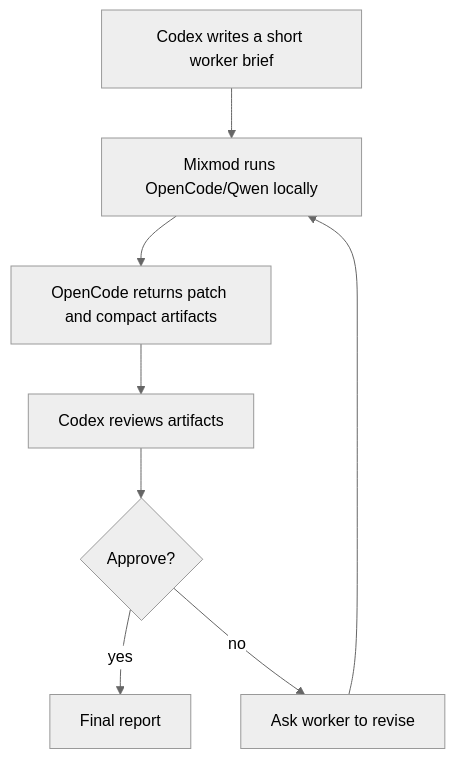
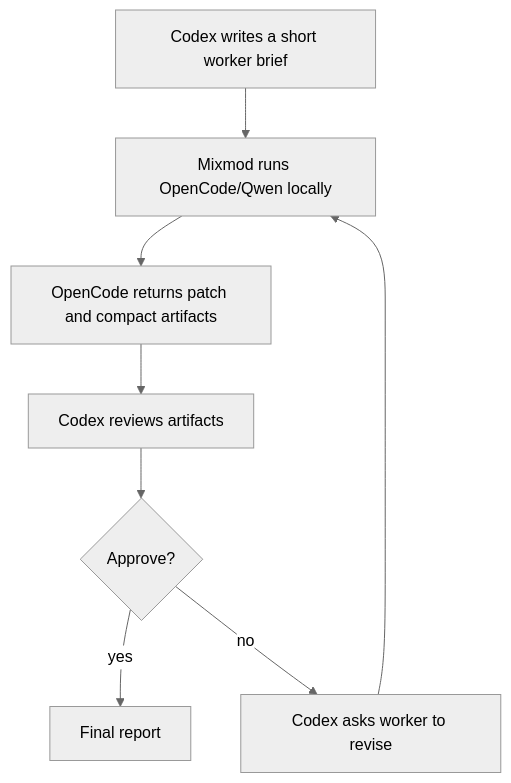
One commit to rndhouse/mixmod changed the diagram in README.md. Above: the diagram before and after it, drawn with Mermaid (neutral theme).

Commit message:
Clarify Codex revision step
Name Codex as the actor that asks the worker to revise.

````diff
--- a/README.md
+++ b/README.md
@@ -13,14 +13,14 @@
 ```mermaid
 flowchart TD
     A[Codex writes a short worker brief]
     B[Mixmod runs OpenCode/Qwen locally]
     C[OpenCode returns patch and compact artifacts]
     D[Codex reviews artifacts]
     E{Approve?}
     F[Final report]
-    G[Ask worker to revise]
+    G[Codex asks worker to revise]
 
     A --> B --> C --> D --> E
     E -->|yes| F
     E -->|no| G --> B
 ```
````
